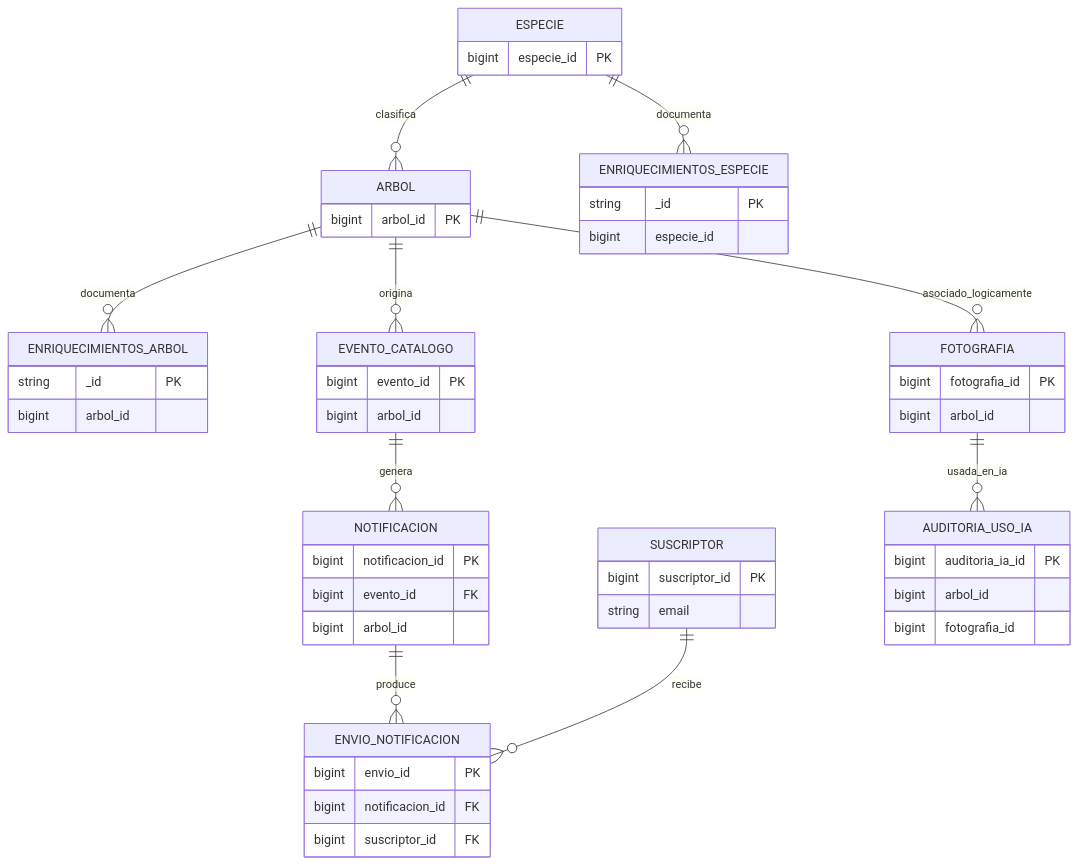
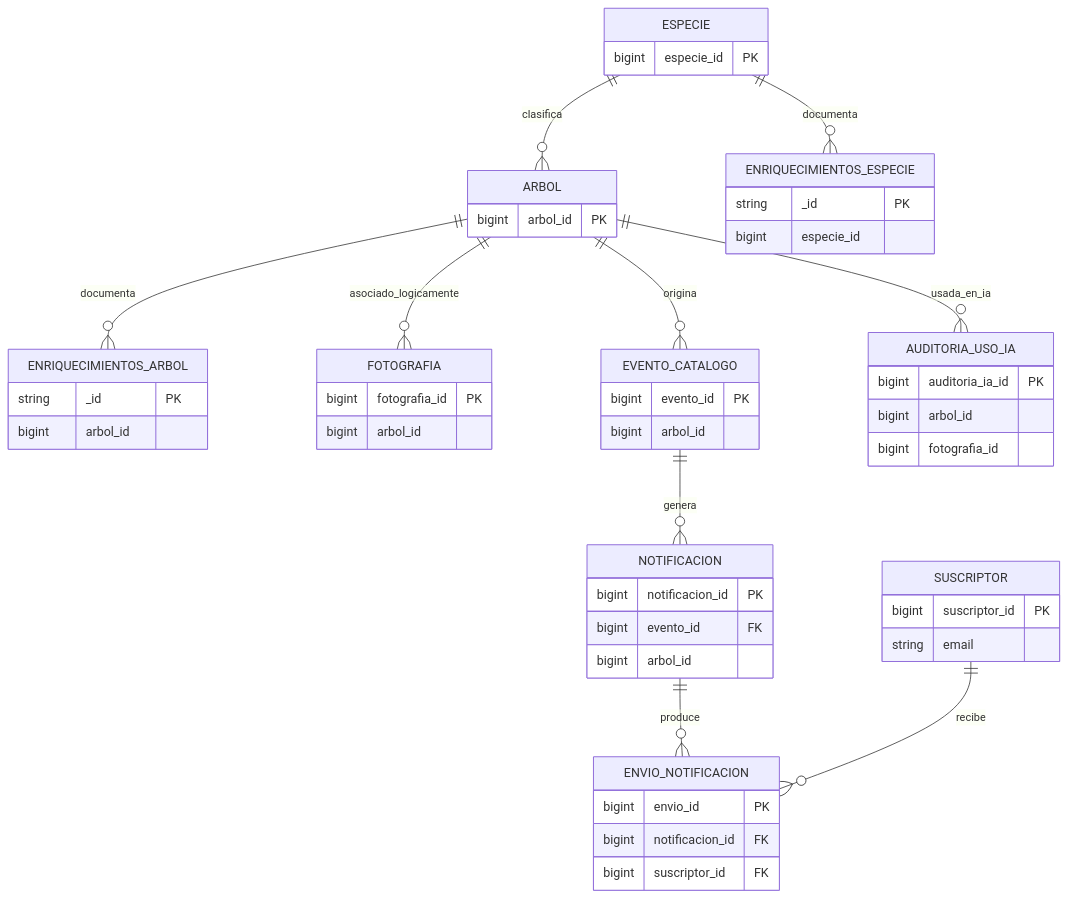
The eighth of 13 diagrams in readme.md (LIDR-academy/AI4Devs-finalproject), drawn with Mermaid before and after one commit. The commit also changed other lines of this file and 1 other file, not shown here.

````diff
--- a/readme.md
+++ b/readme.md
@@ -315,64 +322,64 @@
 ```mermaid
 erDiagram
     ARBOL {
         bigint arbol_id PK
     }
 
     ESPECIE {
         bigint especie_id PK
     }
     
     ENRIQUECIMIENTOS_ESPECIE {
         string _id PK
         bigint especie_id
     }
 
     ENRIQUECIMIENTOS_ARBOL {
         string _id PK
         bigint arbol_id
     }
 
     FOTOGRAFIA {
         bigint fotografia_id PK
         bigint arbol_id
     }
 
     EVENTO_CATALOGO {
         bigint evento_id PK
         bigint arbol_id
     }
 
     NOTIFICACION {
         bigint notificacion_id PK
         bigint evento_id FK
         bigint arbol_id
     }
 
     SUSCRIPTOR {
         bigint suscriptor_id PK
         string email
     }
 
     ENVIO_NOTIFICACION {
         bigint envio_id PK
         bigint notificacion_id FK
         bigint suscriptor_id FK
     }
 
     AUDITORIA_USO_IA {
         bigint auditoria_ia_id PK
         bigint arbol_id
         bigint fotografia_id
     }
 
     ARBOL ||--o{ FOTOGRAFIA : asociado_logicamente
     ARBOL ||--o{ EVENTO_CATALOGO : origina
+    ARBOL ||--o{ AUDITORIA_USO_IA : usada_en_ia
     EVENTO_CATALOGO ||--o{ NOTIFICACION : genera
     ARBOL ||--o{ ENRIQUECIMIENTOS_ARBOL : documenta
     ESPECIE ||--o{ ENRIQUECIMIENTOS_ESPECIE : documenta
     ESPECIE ||--o{ ARBOL : clasifica
-    FOTOGRAFIA ||--o{ AUDITORIA_USO_IA : usada_en_ia
     NOTIFICACION ||--o{ ENVIO_NOTIFICACION : produce
     SUSCRIPTOR ||--o{ ENVIO_NOTIFICACION : recibe
 
 ```    
````
